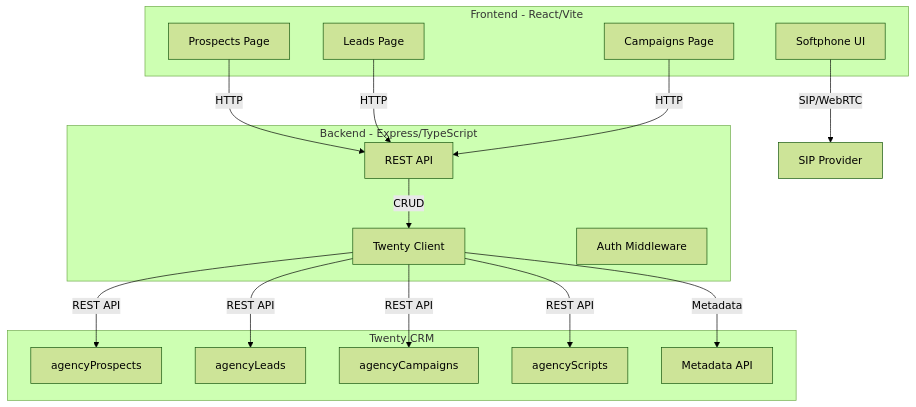
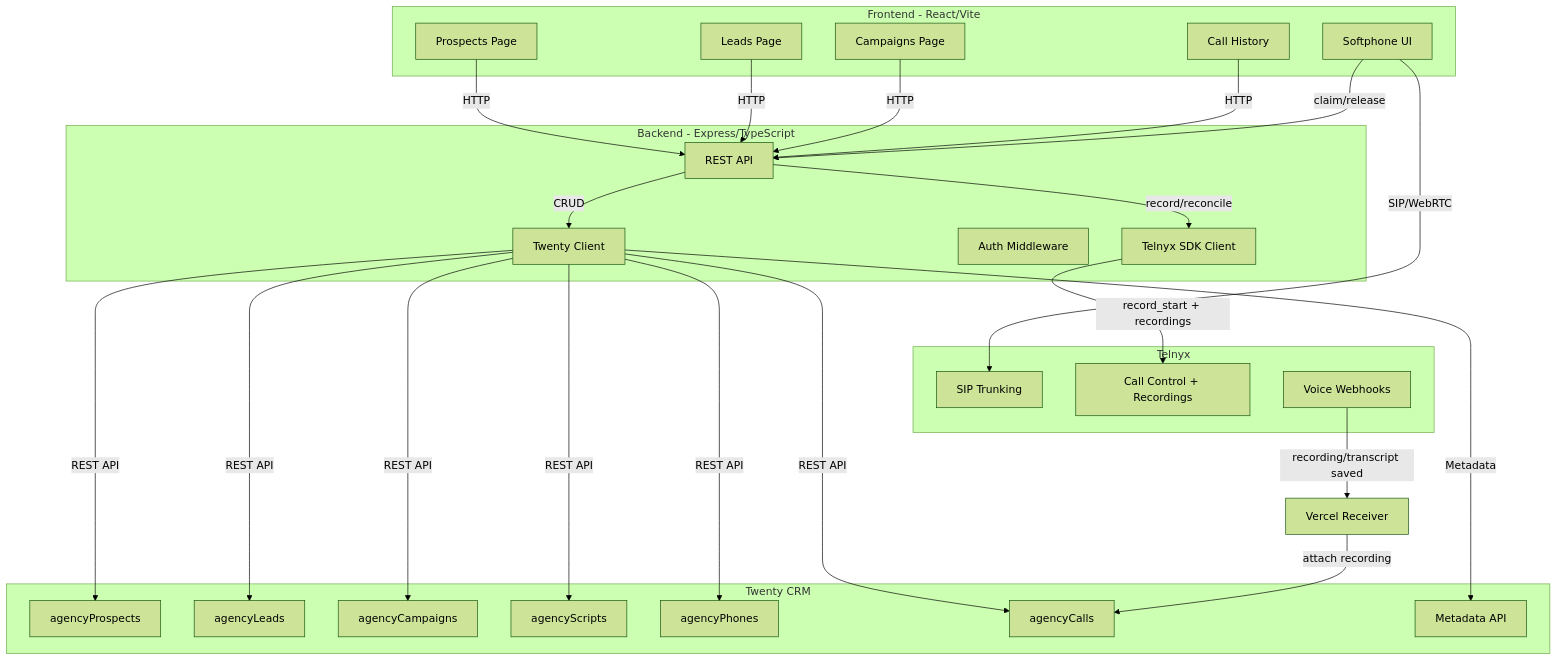
Before and after one commit to matthewdonsemail-lab/open-twenty-dialer: the first of 2 diagrams in README.md, drawn with Mermaid (forest theme). The commit also changed other lines of this file, not shown here.

Commit message:
docs: README primitives — agencyPhones/agencyCalls, claim protocol, call flow, deployments, endpoints, env

````diff
--- a/README.md
+++ b/README.md
@@ -40,35 +40,53 @@
 ```mermaid
 flowchart TB
     subgraph frontend [Frontend - React/Vite]
         ProspectsPage[Prospects Page]
         LeadsPage[Leads Page]
         CampaignsPage[Campaigns Page]
         Softphone[Softphone UI]
+        CallHistory[Call History]
     end
 
     subgraph backend [Backend - Express/TypeScript]
         API[REST API]
         TwentyClient[Twenty Client]
         Auth[Auth Middleware]
+        TelnyxLib[Telnyx SDK Client]
     end
 
     subgraph twenty [Twenty CRM]
         agencyProspects[agencyProspects]
         agencyLeads[agencyLeads]
         agencyCampaigns[agencyCampaigns]
         agencyScripts[agencyScripts]
+        agencyPhones[agencyPhones]
+        agencyCalls[agencyCalls]
         Metadata[Metadata API]
+    end
+
+    subgraph telnyx [Telnyx]
+        SIP[SIP Trunking]
+        VoiceAPI[Call Control + Recordings]
+        Webhooks[Voice Webhooks]
     end
 
     ProspectsPage -->|HTTP| API
     LeadsPage -->|HTTP| API
     CampaignsPage -->|HTTP| API
-    Softphone -->|SIP/WebRTC| Provider[SIP Provider]
+    CallHistory -->|HTTP| API
+    Softphone -->|SIP/WebRTC| SIP
+    Softphone -->|claim/release| API
 
     API -->|CRUD| TwentyClient
+    API -->|record/reconcile| TelnyxLib
     TwentyClient -->|REST API| agencyProspects
     TwentyClient -->|REST API| agencyLeads
     TwentyClient -->|REST API| agencyCampaigns
     TwentyClient -->|REST API| agencyScripts
+    TwentyClient -->|REST API| agencyPhones
+    TwentyClient -->|REST API| agencyCalls
     TwentyClient -->|Metadata| Metadata
+    TelnyxLib -->|record_start + recordings| VoiceAPI
+    Webhooks -->|recording/transcript saved| Receiver[Vercel Receiver]
+    Receiver -->|attach recording| agencyCalls
 ```
````
